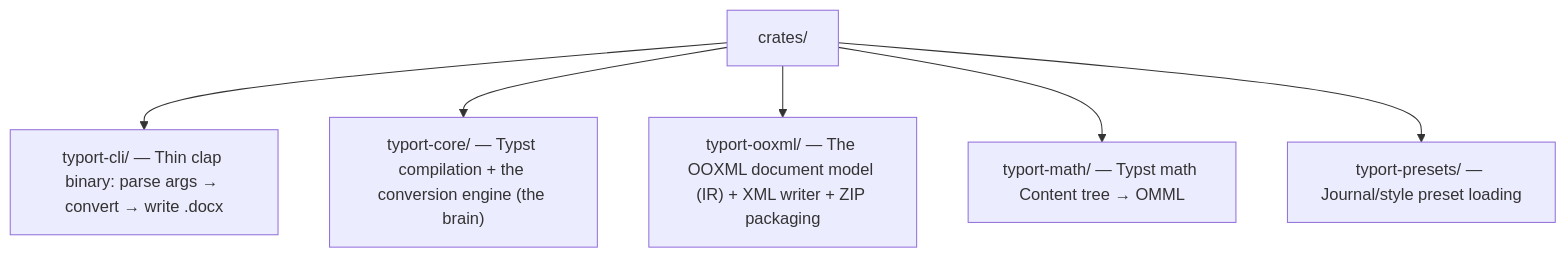
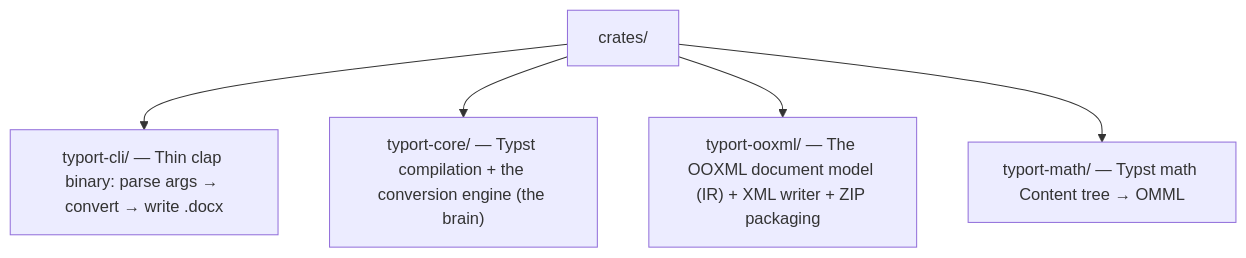
One commit to kwadraten/tydocx changed the second of 2 diagrams in docs/ARCHITECTURE.md. Above: the diagram before and after it, drawn with Mermaid. The commit also changed 11 other files, not shown here.

First line of the commit message:
chore: remove typort-presets entirely

````diff
--- a/docs/ARCHITECTURE.md
+++ b/docs/ARCHITECTURE.md
@@ -125,8 +125,7 @@
 ```mermaid
 flowchart TD
     CRATES["crates/"] --> CLI["typort-cli/ — Thin clap binary: parse args → convert → write .docx"]
     CRATES --> CORE["typort-core/ — Typst compilation + the conversion engine (the brain)"]
     CRATES --> OOXML["typort-ooxml/ — The OOXML document model (IR) + XML writer + ZIP packaging"]
     CRATES --> MATH["typort-math/ — Typst math Content tree → OMML"]
-    CRATES --> PRESETS["typort-presets/ — Journal/style preset loading"]
 ```
````
